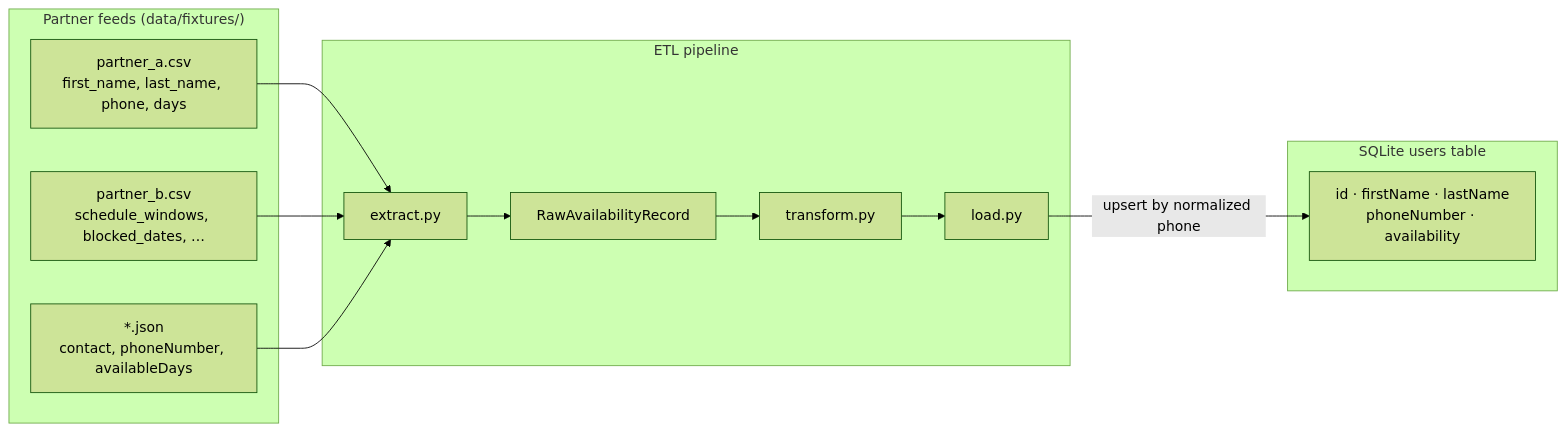
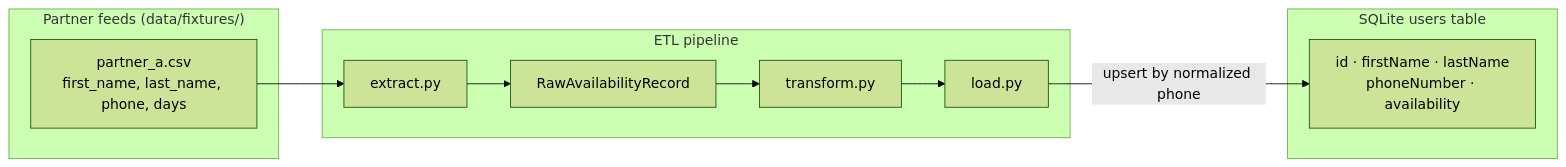
The diagram in etl/README.md (cityblock/cbh-tech-interview), drawn with Mermaid (forest theme) before and after one commit.

Commit message:
Show only partner_a.csv in ETL data flow diagram.

````diff
--- a/etl/README.md
+++ b/etl/README.md
@@ -25,27 +25,23 @@
 ```mermaid
 flowchart LR
   subgraph feeds["Partner feeds (data/fixtures/)"]
     partner_a["partner_a.csv<br/>first_name, last_name, phone, days"]
-    partner_b["partner_b.csv<br/>schedule_windows, blocked_dates, …"]
-    partner_json["*.json<br/>contact, phoneNumber, availableDays"]
   end
 
   subgraph pipeline["ETL pipeline"]
     extract["extract.py"]
     record["RawAvailabilityRecord"]
     transform["transform.py"]
     load["load.py"]
   end
 
   subgraph db["SQLite users table"]
     users["id · firstName · lastName<br/>phoneNumber · availability"]
   end
 
   partner_a --> extract
-  partner_b --> extract
-  partner_json --> extract
   extract --> record
   record --> transform
   transform --> load
   load -->|"upsert by normalized phone"| users
 ```
````
